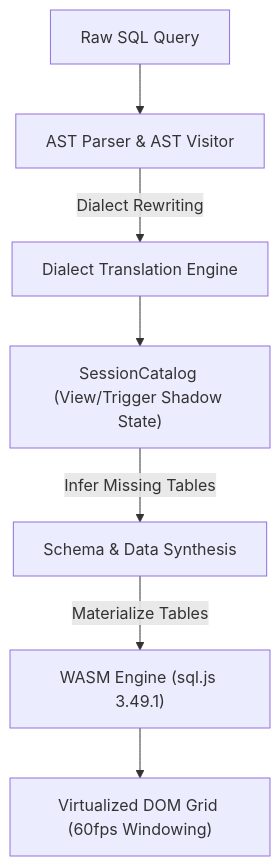
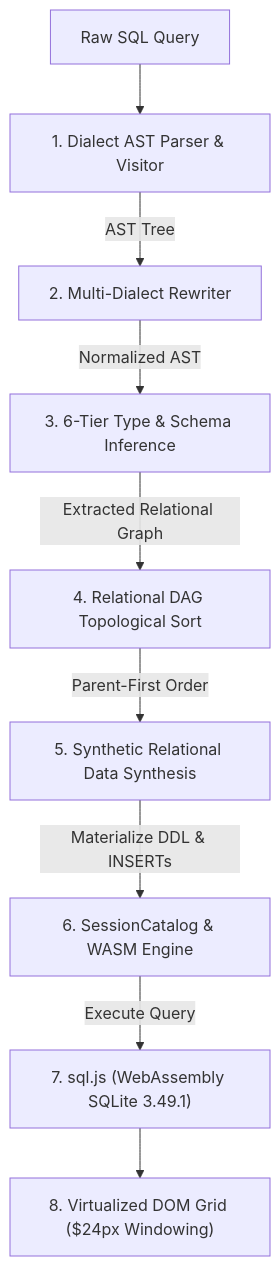
Before and after one commit to Mrityunjai-hue/exnihilo-95: the first of 2 diagrams in README.md, drawn with Mermaid. The commit also changed other lines of this file, not shown here.

Commit message:
docs(readme): add interactive architectural deep dives, synthetic data DAG diagrams, and embedded media assets

````diff
--- a/README.md
+++ b/README.md
@@ -56,9 +108,11 @@
 ```mermaid
 graph TD
-    RawSQL["Raw SQL Query"] --> ASTParser["AST Parser & AST Visitor"]
-    ASTParser -->|Dialect Rewriting| DialectTrans["Dialect Translation Engine"]
-    DialectTrans --> SessionCat["SessionCatalog (View/Trigger Shadow State)"]
-    SessionCat -->|Infer Missing Tables| SchemaInfer["Schema & Data Synthesis"]
-    SchemaInfer -->|Materialize Tables| WASMExec["WASM Engine (sql.js 3.49.1)"]
-    WASMExec --> VirtualDOM["Virtualized DOM Grid (60fps Windowing)"]
+    RawSQL["Raw SQL Query"] --> ASTParser["1. Dialect AST Parser & Visitor"]
+    ASTParser -->|AST Tree| DialectRewrite["2. Multi-Dialect Rewriter"]
+    DialectRewrite -->|Normalized AST| TypeInfer["3. 6-Tier Type & Schema Inference"]
+    TypeInfer -->|Extracted Relational Graph| DAGSort["4. Relational DAG Topological Sort"]
+    DAGSort -->|Parent-First Order| DataGen["5. Synthetic Relational Data Synthesis"]
+    DataGen -->|Materialize DDL & INSERTs| SessionCat["6. SessionCatalog & WASM Engine"]
+    SessionCat -->|Execute Query| WASMExec["7. sql.js (WebAssembly SQLite 3.49.1)"]
+    WASMExec --> VirtualGrid["8. Virtualized DOM Grid ($24px Windowing)"]
 ```
````
